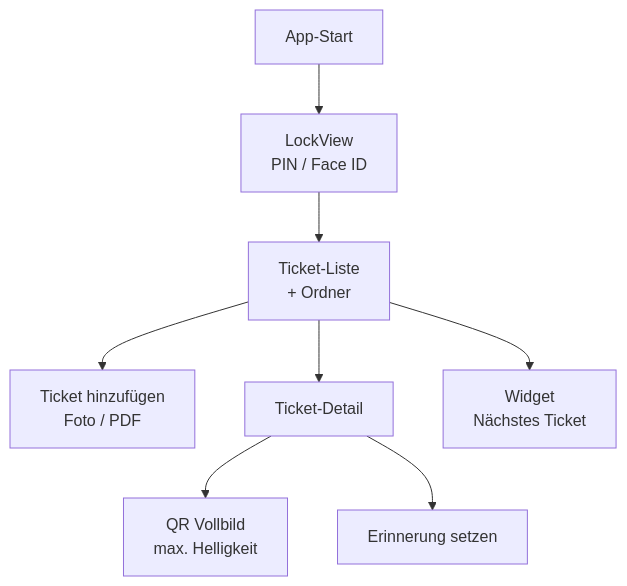
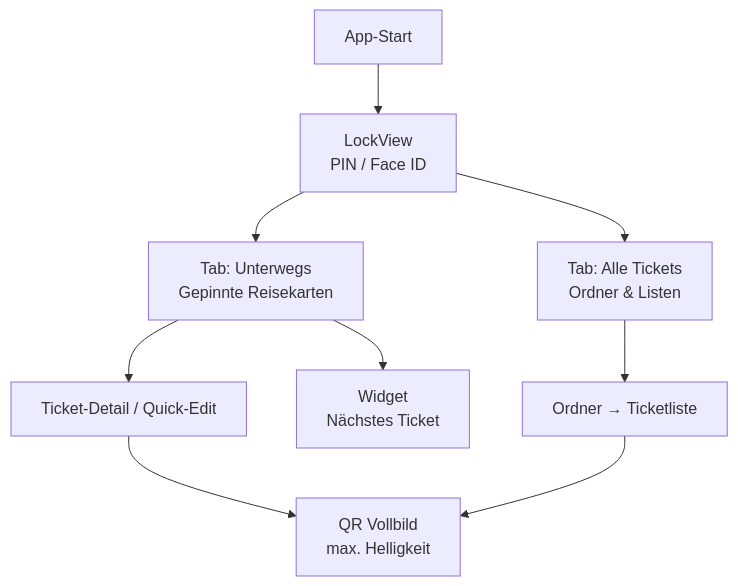
One commit to zenruffinen/Arca changed the first of 3 diagrams in docs/Arca-Tickets.md. Above: the diagram before and after it, drawn with Mermaid. The commit also changed other lines of this file and 14 other files, not shown here.

````diff
--- a/docs/Arca-Tickets.md
+++ b/docs/Arca-Tickets.md
@@ -303,10 +316,11 @@
 ```mermaid
 flowchart TD
     A["App-Start"] --> B["LockView<br/>PIN / Face ID"]
-    B --> C["Ticket-Liste<br/>+ Ordner"]
-    C --> D["Ticket hinzufügen<br/>Foto / PDF"]
-    C --> E["Ticket-Detail"]
-    E --> F["QR Vollbild<br/>max. Helligkeit"]
-    E --> G["Erinnerung setzen"]
+    B --> C["Tab: Unterwegs<br/>Gepinnte Reisekarten"]
+    B --> D["Tab: Alle Tickets<br/>Ordner & Listen"]
+    C --> E["Ticket-Detail / Quick-Edit"]
+    D --> F["Ordner → Ticketliste"]
+    E --> G["QR Vollbild<br/>max. Helligkeit"]
+    F --> G
     C --> H["Widget<br/>Nächstes Ticket"]
 ```
````
